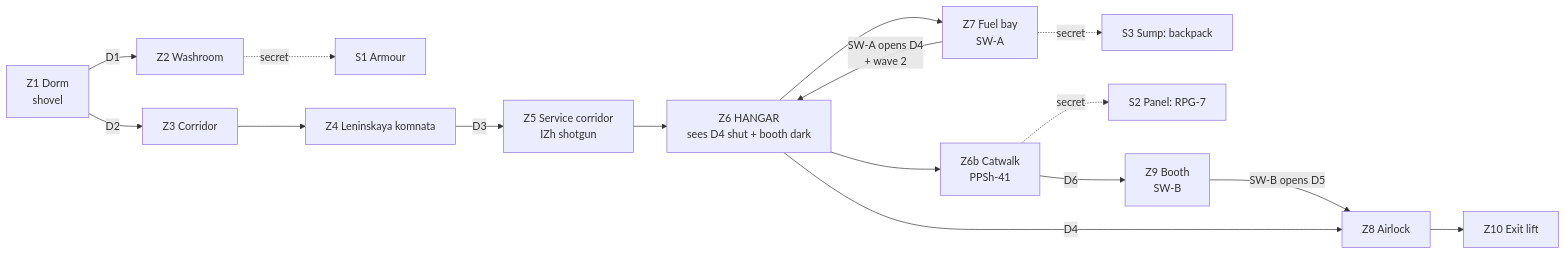
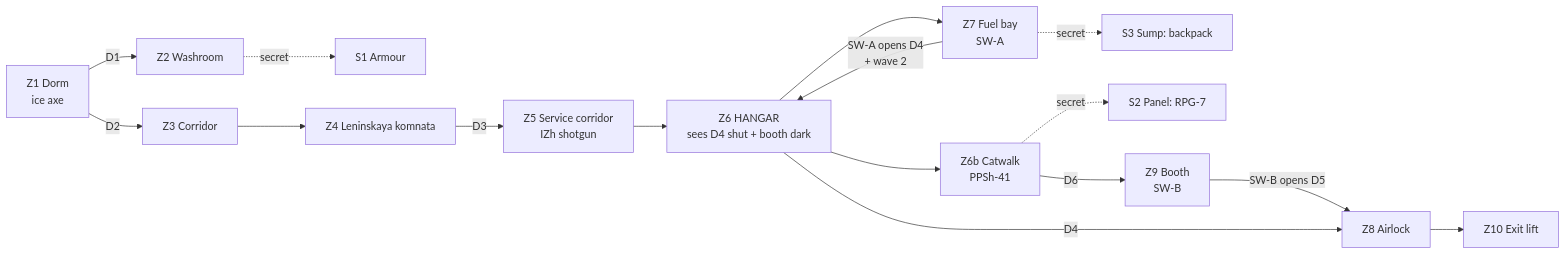
Before and after one commit to kahache/soviet_doom: the diagram in docs/levels/MAP01-zarya-7.md, drawn with Mermaid. The commit also changed other lines of this file and 3 other files, not shown here.

Commit message:
MAP01: the shovel rack is the ice axe rack (D40); the komnata lamps move out so the M4 bonus has a 48-wide lane (G3-F1)

````diff
--- a/docs/levels/MAP01-zarya-7.md
+++ b/docs/levels/MAP01-zarya-7.md
@@ -114,18 +115,18 @@
 ```mermaid
 graph LR
-  Z1[Z1 Dorm<br/>shovel] -->|D1| Z2[Z2 Washroom]
+  Z1[Z1 Dorm<br/>ice axe] -->|D1| Z2[Z2 Washroom]
   Z2 -.secret.-> S1[S1 Armour]
   Z1 -->|D2| Z3[Z3 Corridor]
   Z3 --> Z4[Z4 Leninskaya komnata]
   Z4 -->|D3| Z5[Z5 Service corridor<br/>IZh shotgun]
   Z5 --> Z6[Z6 HANGAR<br/>sees D4 shut + booth dark]
   Z6 --> Z7[Z7 Fuel bay<br/>SW-A]
   Z7 -.secret.-> S3[S3 Sump: backpack]
   Z7 -->|SW-A opens D4<br/>+ wave 2| Z6
   Z6 --> Z6b[Z6b Catwalk<br/>PPSh-41]
   Z6b -.secret.-> S2[S2 Panel: RPG-7]
   Z6b -->|D6| Z9[Z9 Booth<br/>SW-B]
   Z9 -->|SW-B opens D5| Z8[Z8 Airlock]
   Z6 -->|D4| Z8
   Z8 --> Z10[Z10 Exit lift]
 ```
````
